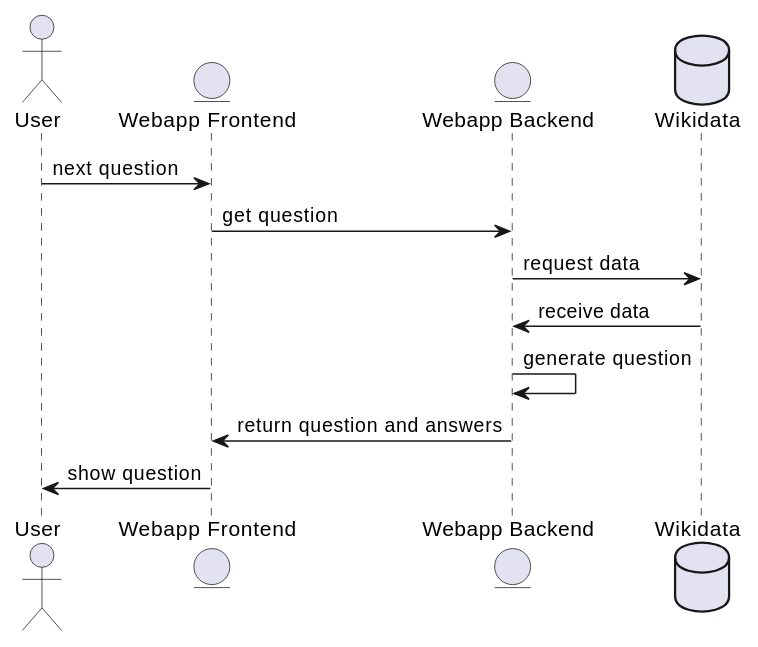
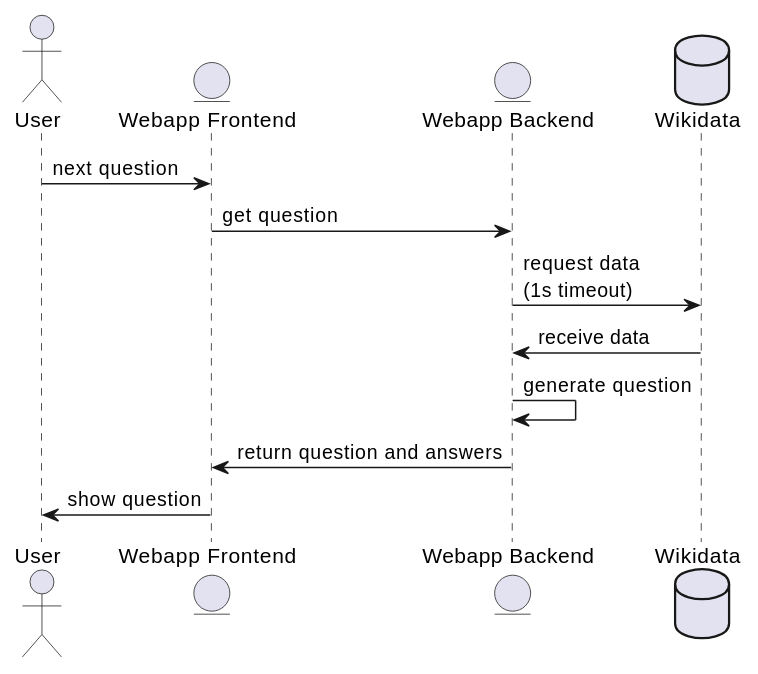
Before and after one commit to Arquisoft/wiq_en1b: the first of 8 diagrams in docs/src/06_runtime_view.adoc, drawn with PlantUML. The commit also changed other lines of this file, not shown here.

Commit message:
Added time limit and changed Answer Question diagram

```diff
--- a/docs/src/06_runtime_view.adoc
+++ b/docs/src/06_runtime_view.adoc
@@ -42,14 +42,14 @@
 [plantuml,"Retrieval of questions",png]
 ----
 actor User
 entity Frontend as "Webapp Frontend"
 entity Backend as "Webapp Backend"
 database Wikidata
 User -> Frontend: next question
 Frontend -> Backend: get question
-Backend -> Wikidata: request data
+Backend -> Wikidata: request data\n(1s timeout)
 Wikidata -> Backend: receive data
 Backend -> Backend: generate question
 Backend -> Frontend: return question and answers
 Frontend -> User: show question
 ----
```
